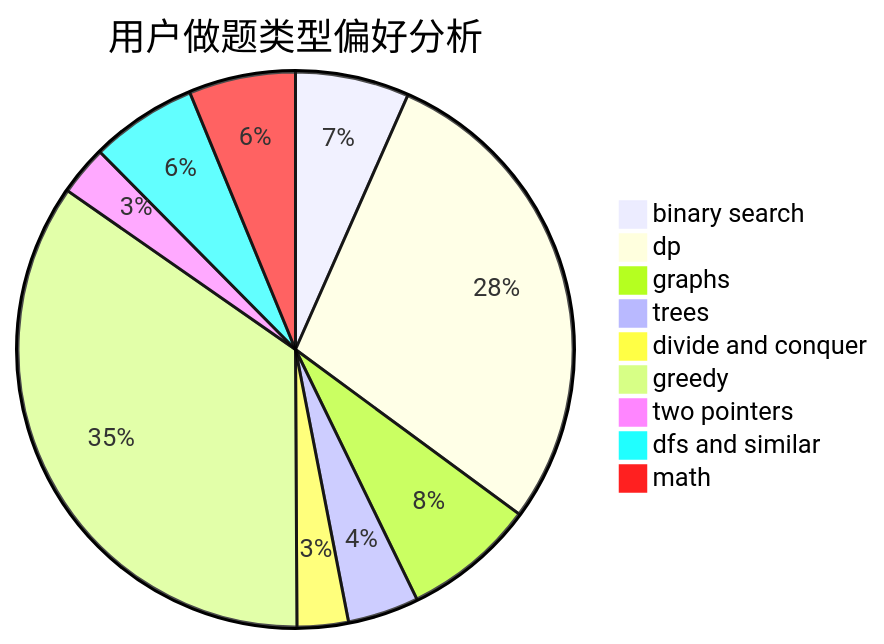
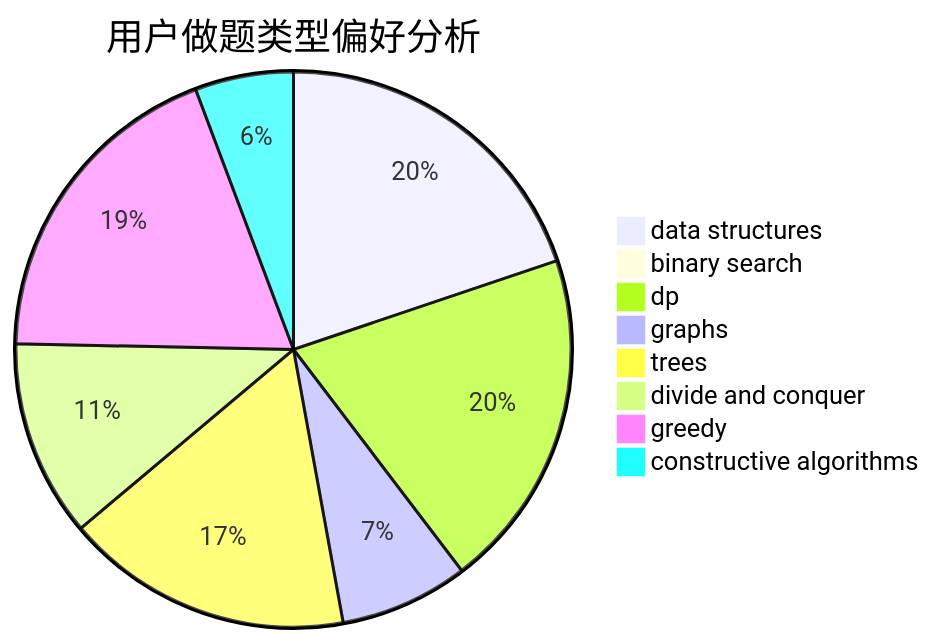
Before and after one commit to sherpahu/cfrs.github.io: the second of 3 diagrams in docs/user/u2703.md, drawn with Mermaid. The commit also changed other lines of this file and 2775 other files, not shown here.

````diff
--- a/docs/user/u2703.md
+++ b/docs/user/u2703.md
@@ -23,12 +23,11 @@
 ```mermaid
 pie title 用户做题类型偏好分析
-    "binary search" :  80
-    "dp" :  344
-    "graphs" :  93
-    "trees" :  50
-    "divide and conquer" :  36
-    "greedy" :  420
-    "two pointers" :  35
-    "dfs and similar" :  75
-    "math" :  75
+    "data structures" :  45
+    "binary search" :  0
+    "dp" :  45
+    "graphs" :  17
+    "trees" :  38
+    "divide and conquer" :  26
+    "greedy" :  43
+    "constructive algorithms" :  13
 ```
````
